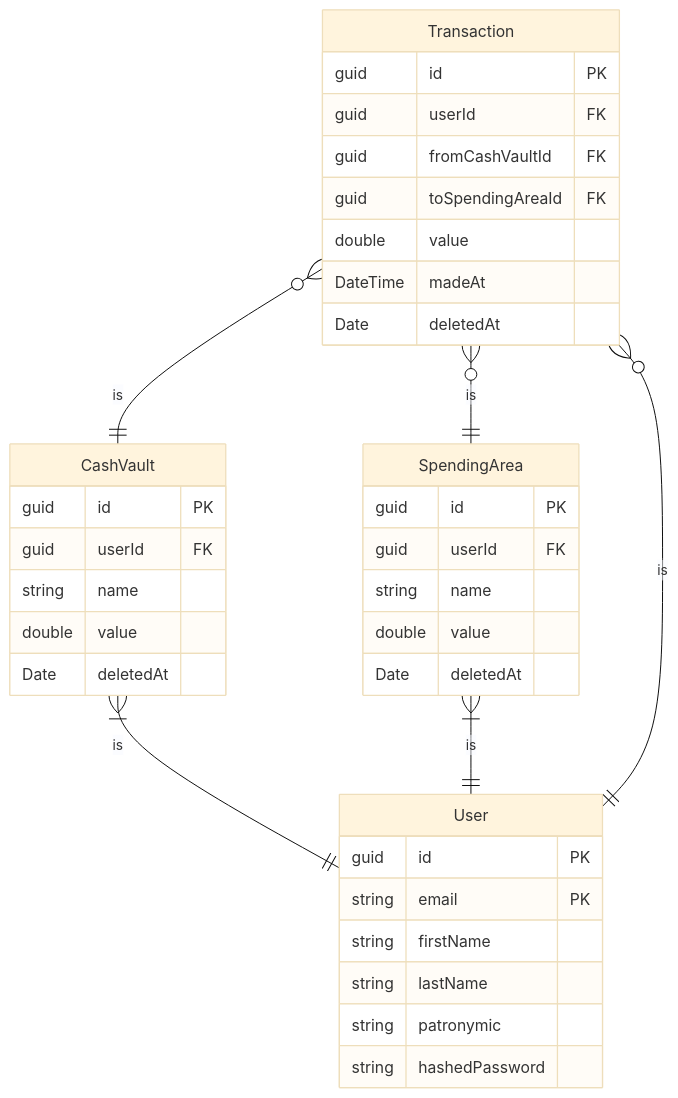
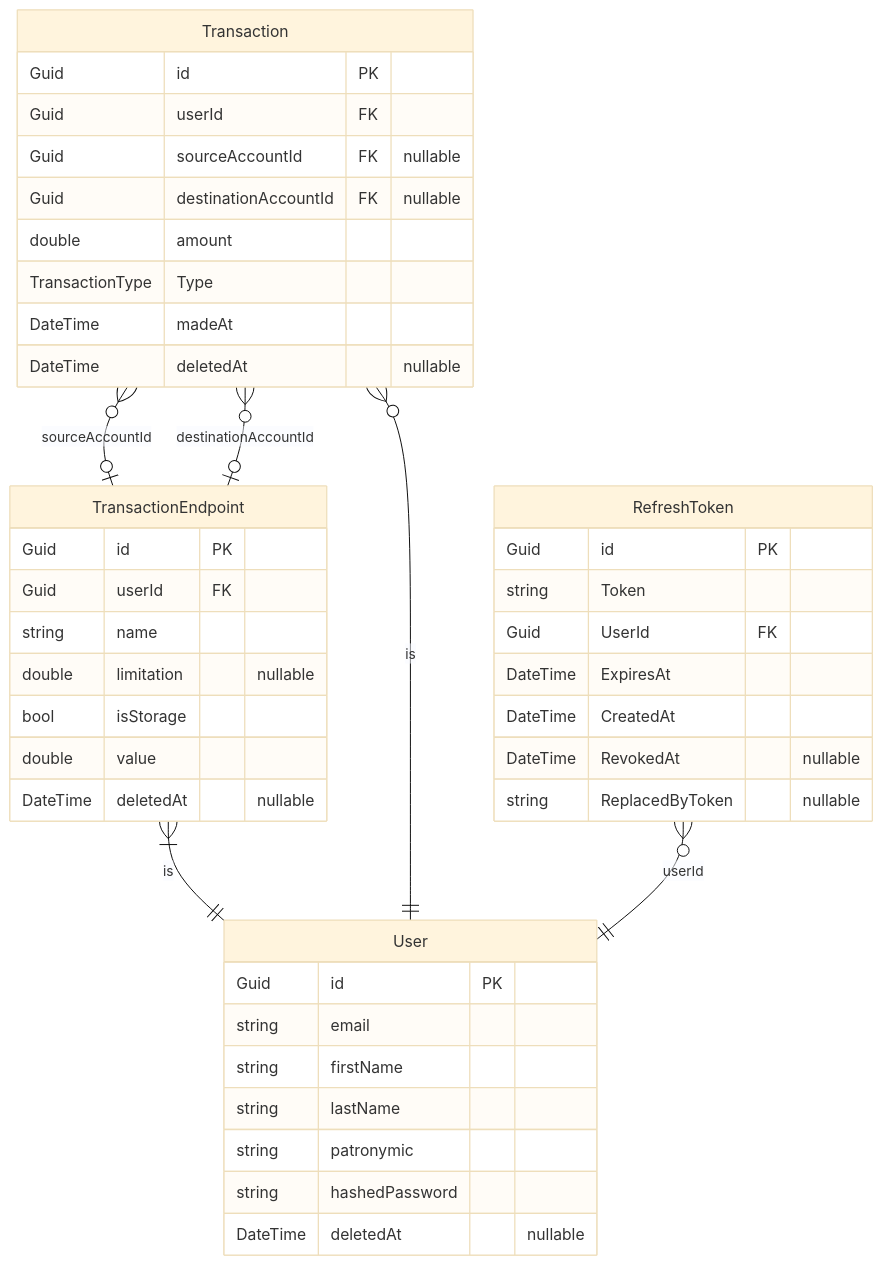
Before and after one commit to Pipotka/SmartWallet: the diagram in README.md, drawn with Mermaid (base theme). The commit also changed other lines of this file and 211 other files, not shown here.

````diff
--- a/README.md
+++ b/README.md
@@ -7,42 +126,48 @@
 ```mermaid
 erDiagram
-    CashVault }|--|| User : is
-    CashVault {
-        guid id PK
-        guid userId FK
+    TransactionEndpoint }|--|| User : is
+    TransactionEndpoint {
+        Guid id PK
+        Guid userId FK
         string name
+        double limitation "nullable"
+        bool isStorage
         double value
-        Date deletedAt
-    }
-
-    SpendingArea }|--|| User : is
-    SpendingArea{
-        guid id PK
-        guid userId FK
-        string name
-        double value
-        Date deletedAt
+        DateTime deletedAt "nullable"
     }
 
     Transaction }o--|| User : is
-    Transaction }o--|| CashVault : is
-    Transaction }o--|| SpendingArea : is
+    Transaction }o--o| TransactionEndpoint : sourceAccountId
+    Transaction }o--o| TransactionEndpoint : destinationAccountId
     Transaction {
-        guid id PK
-        guid userId FK
-        guid fromCashVaultId FK
-        guid toSpendingAreaId FK
-        double value
+        Guid id PK
+        Guid userId FK
+        Guid sourceAccountId FK "nullable"
+        Guid destinationAccountId FK "nullable"
+        double amount
+        TransactionType Type
         DateTime madeAt
-        Date deletedAt
+        DateTime deletedAt "nullable"
     }
 
     User {
-        guid id PK
-        string email PK
+        Guid id PK
+        string email
         string firstName
         string lastName
         string patronymic
         string hashedPassword
+        DateTime deletedAt "nullable"
+    }
+
+    RefreshToken }o--|| User : userId
+    RefreshToken {
+        Guid id PK
+        string Token
+        Guid UserId FK
+        DateTime ExpiresAt
+        DateTime CreatedAt
+        DateTime RevokedAt "nullable"
+        string ReplacedByToken "nullable"
     }
 ```
````
